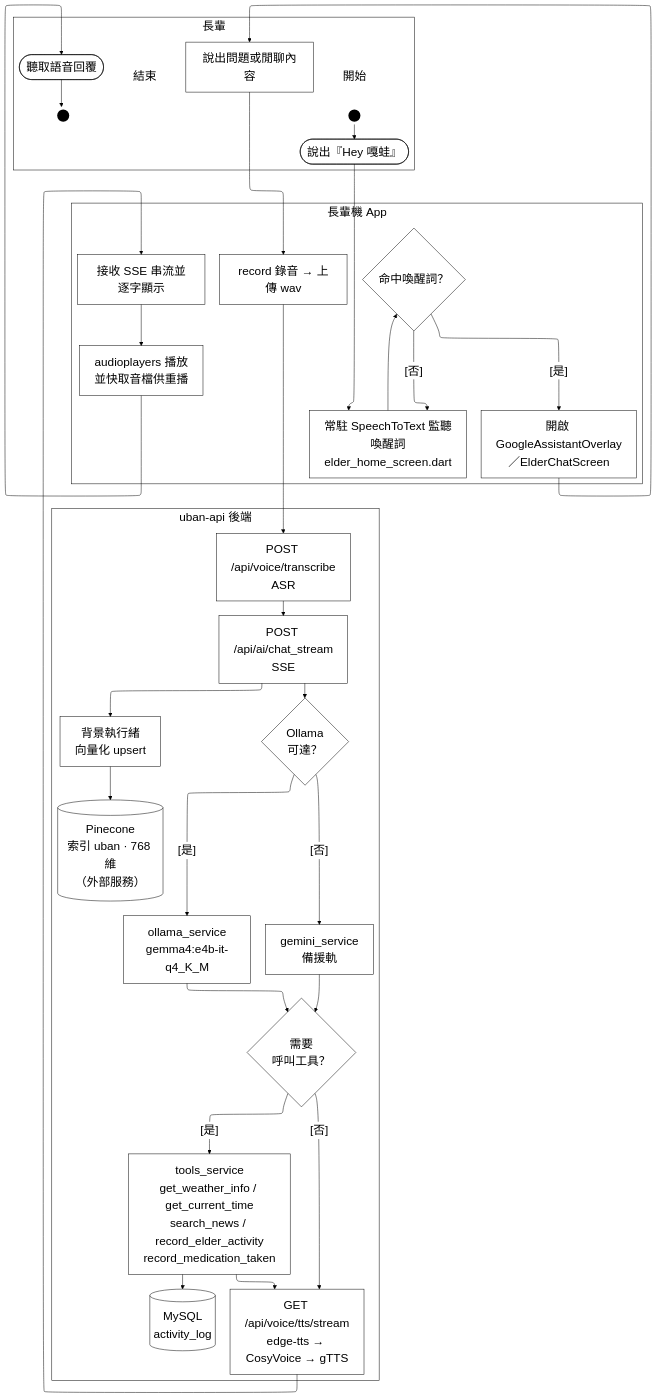
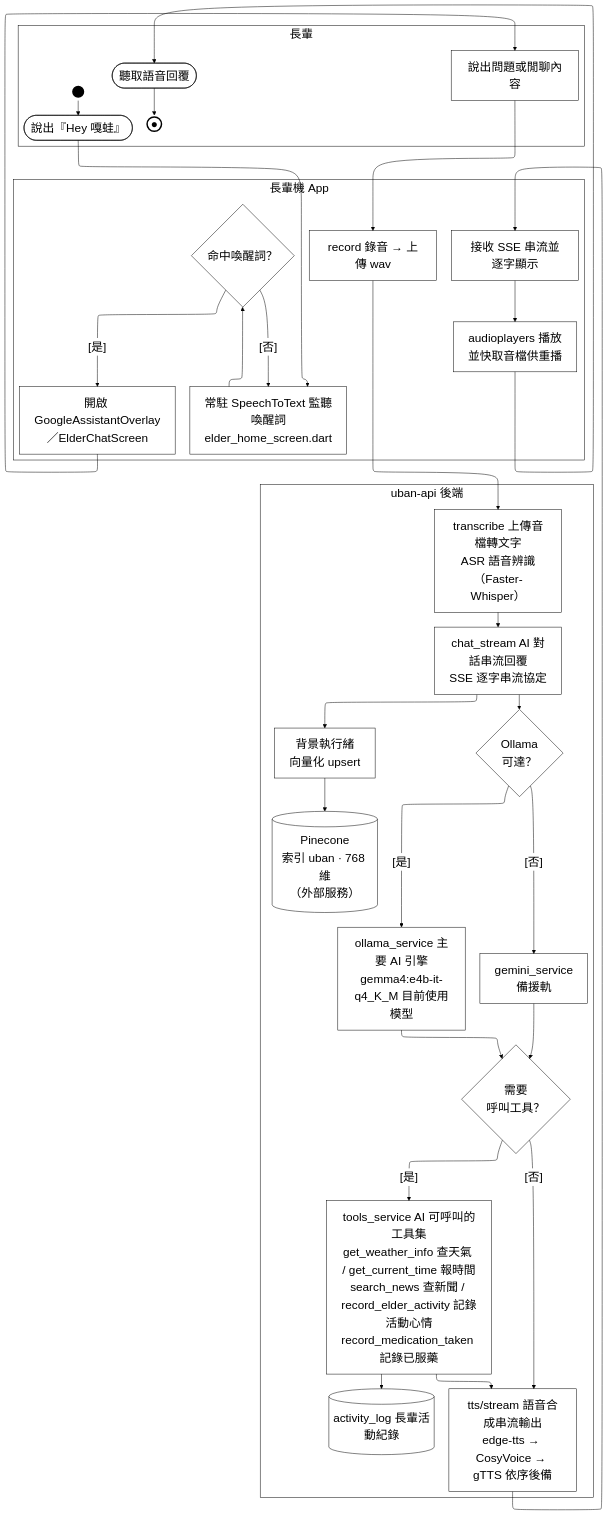
One commit to HuangYu-Kai/Uban changed the diagram in Uban System Documents/mermaid原始碼/A02-AI語音陪伴.mmd. Above: the diagram before and after it, drawn with Mermaid. The commit also changed 87 other files, not shown here.

First line of the commit message:
圖表：全面改用 draw.io 取代 mermaid，並把 113 個純英文節點改成英中對照

```diff
--- a/Uban System Documents/mermaid原始碼/A02-AI語音陪伴.mmd
+++ b/Uban System Documents/mermaid原始碼/A02-AI語音陪伴.mmd
@@ -1,67 +1,66 @@
-%%{init:{"layout":"elk","elk":{"mergeEdges":false},"flowchart":{"htmlLabels":true},"themeVariables":{"clusterBkg":"#FFFFFF","clusterBorder":"#000000","edgeLabelBackground":"#FFFFFF","textColor":"#000000","nodeTextColor":"#000000","titleColor":"#000000","lineColor":"#000000","fontSize":"24px"}}}%%
+%%{init:{"layout":"elk","elk":{"mergeEdges":false,"nodePlacementStrategy":"NETWORK_SIMPLEX"},"flowchart":{"htmlLabels":true},"themeVariables":{"clusterBkg":"#FFFFFF","clusterBorder":"#000000","edgeLabelBackground":"#FFFFFF","textColor":"#000000","nodeTextColor":"#000000","titleColor":"#000000","lineColor":"#000000","fontSize":"24px"}}}%%
 flowchart TD
   subgraph ROLE["長輩"]
-    LS_S1["開始"]:::lbl
+    PAD_ROLE["&nbsp;&nbsp;&nbsp;&nbsp;&nbsp;&nbsp;&nbsp;&nbsp;&nbsp;&nbsp;&nbsp;&nbsp;&nbsp;&nbsp;&nbsp;&nbsp;&nbsp;&nbsp;&nbsp;&nbsp;&nbsp;&nbsp;&nbsp;&nbsp;&nbsp;&nbsp;&nbsp;&nbsp;&nbsp;&nbsp;&nbsp;&nbsp;&nbsp;&nbsp;&nbsp;&nbsp;&nbsp;&nbsp;&nbsp;&nbsp;&nbsp;&nbsp;&nbsp;&nbsp;&nbsp;&nbsp;&nbsp;&nbsp;&nbsp;&nbsp;&nbsp;&nbsp;&nbsp;&nbsp;&nbsp;&nbsp;&nbsp;&nbsp;&nbsp;&nbsp;"]:::pad
     ST_S1(("&nbsp;")):::term
     S1([說出『Hey 嘎蛙』]):::act
     S2["說出問題或閒聊內容"]:::act
     S3(["聽取語音回覆"]):::act
-    LE_S3["結束"]:::lbl
-    EN_S3(("&nbsp;")):::term
+    EN_S3(("●")):::endterm
   end
   subgraph FE["長輩機 App"]
     A1["常駐 SpeechToText 監聽喚醒詞<br/>elder_home_screen.dart"]:::act
     A2{"命中喚醒詞？"}:::dec
     A3["開啟 GoogleAssistantOverlay<br/>／ElderChatScreen"]:::act
     A4["record 錄音 → 上傳 wav"]:::act
     A5["接收 SSE 串流並逐字顯示"]:::act
     A6["audioplayers 播放<br/>並快取音檔供重播"]:::act
   end
   subgraph BE["uban-api 後端"]
-    B1["POST /api/voice/transcribe<br/>ASR"]:::act
-    B2["POST /api/ai/chat_stream<br/>SSE"]:::act
+    PAD_BE["&nbsp;&nbsp;&nbsp;&nbsp;&nbsp;&nbsp;&nbsp;&nbsp;&nbsp;&nbsp;&nbsp;&nbsp;&nbsp;&nbsp;&nbsp;&nbsp;&nbsp;&nbsp;&nbsp;&nbsp;&nbsp;&nbsp;&nbsp;&nbsp;&nbsp;&nbsp;&nbsp;&nbsp;&nbsp;&nbsp;&nbsp;&nbsp;&nbsp;&nbsp;&nbsp;&nbsp;&nbsp;&nbsp;"]:::pad
+    B1["transcribe 上傳音檔轉文字<br/>ASR 語音辨識（Faster-Whisper）"]:::act
+    B2["chat_stream AI 對話串流回覆<br/>SSE 逐字串流協定"]:::act
     B3{"Ollama<br/>可達？"}:::dec
-    B4["ollama_service<br/>gemma4:e4b-it-q4_K_M"]:::act
+    B4["ollama_service 主要 AI 引擎<br/>gemma4:e4b-it-q4_K_M 目前使用模型"]:::act
     B5["gemini_service<br/>備援軌"]:::act
     B6{"需要<br/>呼叫工具？"}:::dec
-    B7["tools_service<br/>get_weather_info / get_current_time<br/>search_news / record_elder_activity<br/>record_medication_taken"]:::act
-    B8["GET /api/voice/tts/stream<br/>edge-tts → CosyVoice → gTTS"]:::act
+    B7["tools_service AI 可呼叫的工具集<br/>get_weather_info 查天氣 / get_current_time 報時間<br/>search_news 查新聞 / record_elder_activity 記錄活動心情<br/>record_medication_taken 記錄已服藥"]:::act
+    B8["tts/stream 語音合成串流輸出<br/>edge-tts → CosyVoice → gTTS 依序後備"]:::act
     B9["背景執行緒<br/>向量化 upsert"]:::act
     X1[("Pinecone<br/>索引 uban · 768 維<br/>（外部服務）")]:::act
-    X2[("MySQL<br/>activity_log")]:::act
+    X2[("activity_log 長輩活動紀錄")]:::act
   end
 
-  LS_S1 ~~~ ST_S1
   ST_S1 --> S1
   S1 --> A1
   A1 --> A2
   A2 -->|"[否]"| A1
   A2 -->|"[是]"| A3
   A3 --> S2
   S2 --> A4
   A4 --> B1
   B1 --> B2
   B2 --> B3
   B3 -->|"[是]"| B4
   B3 -->|"[否]"| B5
   B4 --> B6
   B5 --> B6
   B6 -->|"[是]"| B7
   B7 --> X2
   B7 --> B8
   B6 -->|"[否]"| B8
   B8 --> A5
   A5 --> A6
   A6 --> S3
   B2 --> B9
   B9 --> X1
   S3 --> EN_S3
-  LE_S3 ~~~ EN_S3
   %% 鎖住泳道順序：ELK 不照宣告順序排，沒有這條鏈後端會跑到最上面
   ROLE ~~~ FE ~~~ BE
 
+  classDef pad  fill:none,stroke:none,color:#FFFFFF
   classDef act  fill:#FFFFFF,stroke:#000000,stroke-width:1px,color:#000000
   classDef dec  fill:#FFFFFF,stroke:#000000,stroke-width:1px,color:#000000
   classDef term fill:#000000,stroke:#000000,stroke-width:3px,color:#000000
+  classDef endterm fill:#FFFFFF,stroke:#000000,stroke-width:3px,color:#000000
   classDef gap  fill:#FFFFFF,stroke:#000000,stroke-width:1px,color:#000000,stroke-dasharray:4 3
-  classDef lbl  fill:none,stroke:none,color:#000000
```
